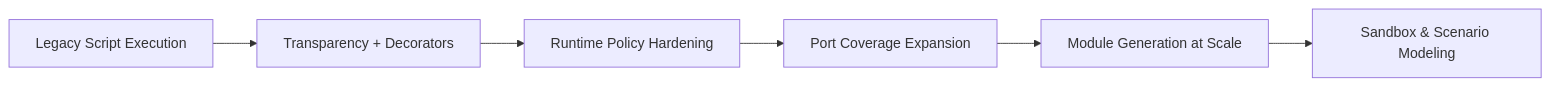
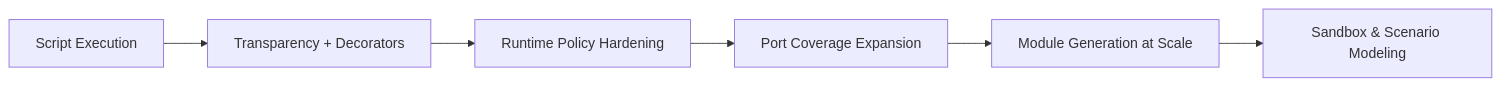
One commit to DMykhalchenko/alloyed-devops-multitool changed the third of 3 diagrams in README.md. Above: the diagram before and after it, drawn with Mermaid. The commit also changed other lines of this file and 4 other files, not shown here.

````diff
--- a/README.md
+++ b/README.md
@@ -155,8 +155,8 @@
 ```mermaid
 flowchart LR
-    A["Legacy Script Execution"] --> B["Transparency + Decorators"]
+    A["Script Execution"] --> B["Transparency + Decorators"]
     B --> C["Runtime Policy Hardening"]
     C --> D["Port Coverage Expansion"]
     D --> E["Module Generation at Scale"]
     E --> F["Sandbox & Scenario Modeling"]
 ```
````
